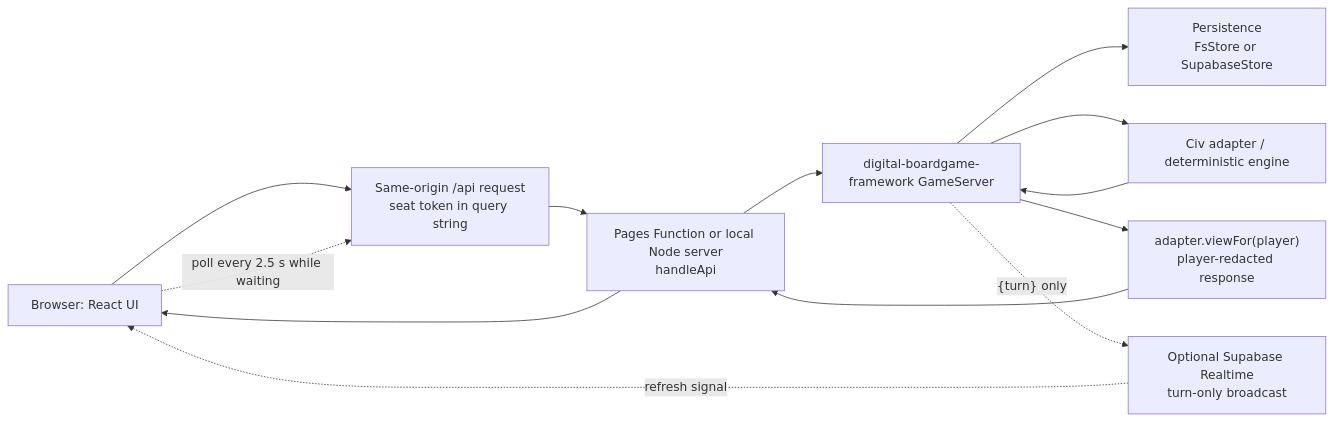
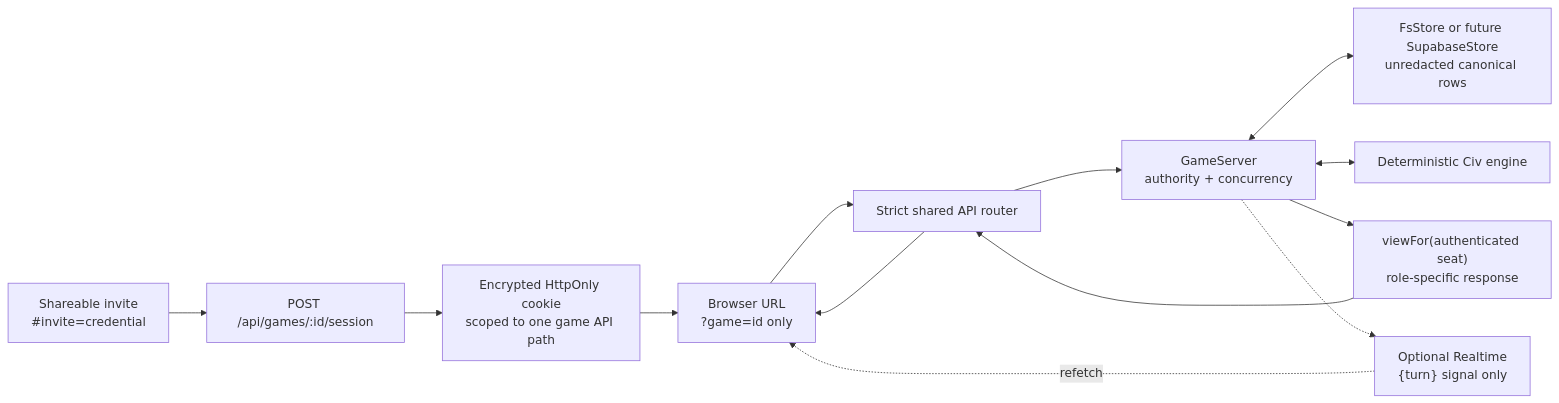
One commit to skim-eng/advanced-civilization changed the diagram in docs/ARCHITECTURE_CURRENT.md. Above: the diagram before and after it, drawn with Mermaid. The commit also changed other lines of this file and 10 other files, not shown here.

````diff
--- a/docs/ARCHITECTURE_CURRENT.md
+++ b/docs/ARCHITECTURE_CURRENT.md
@@ -24,19 +24,20 @@
 ```mermaid
 flowchart LR
-    B["Browser: React UI"]
-    API["Same-origin /api request\nseat token in query string"]
-    H["Pages Function or local Node server\nhandleApi"]
-    GS["digital-boardgame-framework GameServer"]
-    E["Civ adapter / deterministic engine"]
-    P["Persistence\nFsStore or SupabaseStore"]
-    V["adapter.viewFor(player)\nplayer-redacted response"]
-    RT["Optional Supabase Realtime\nturn-only broadcast"]
+    I["Shareable invite\n#invite=credential"]
+    X["POST /api/games/:id/session"]
+    C["Encrypted HttpOnly cookie\nscoped to one game API path"]
+    B["Browser URL\n?game=id only"]
+    H["Strict shared API router"]
+    G["GameServer\nauthority + concurrency"]
+    P["FsStore or future SupabaseStore\nunredacted canonical rows"]
+    E["Deterministic Civ engine"]
+    V["viewFor(authenticated seat)\nrole-specific response"]
+    R["Optional Realtime\n{turn} signal only"]
 
-    B --> API --> H --> GS
-    GS --> P
-    GS --> E
-    E --> GS
-    GS --> V --> H --> B
-    GS -. "{turn} only" .-> RT -. "refresh signal" .-> B
-    B -. "poll every 2.5 s while waiting" .-> API
+    I --> X --> C --> B
+    B --> H --> G
+    G <--> P
+    G <--> E
+    G --> V --> H --> B
+    G -.-> R -. "refetch" .-> B
 ```
````
